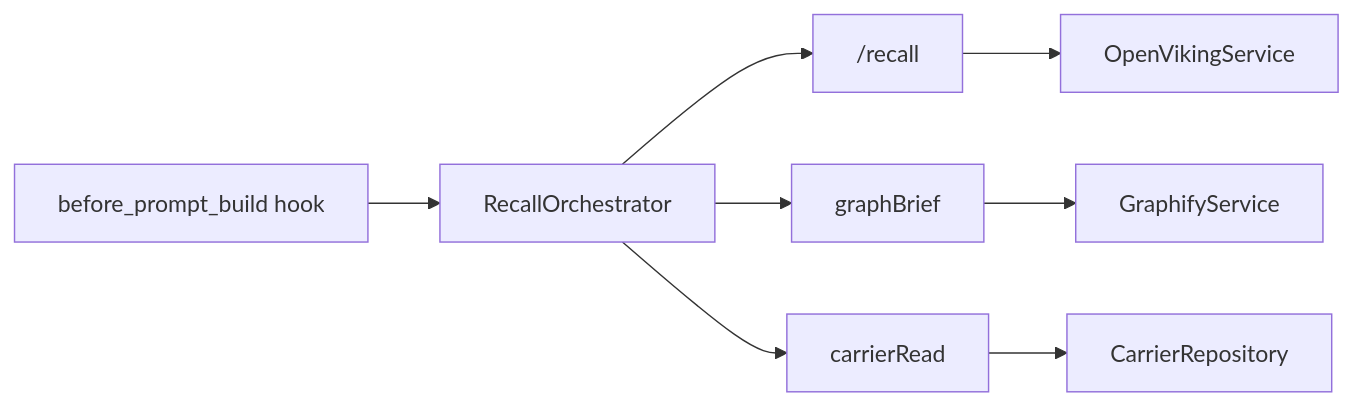
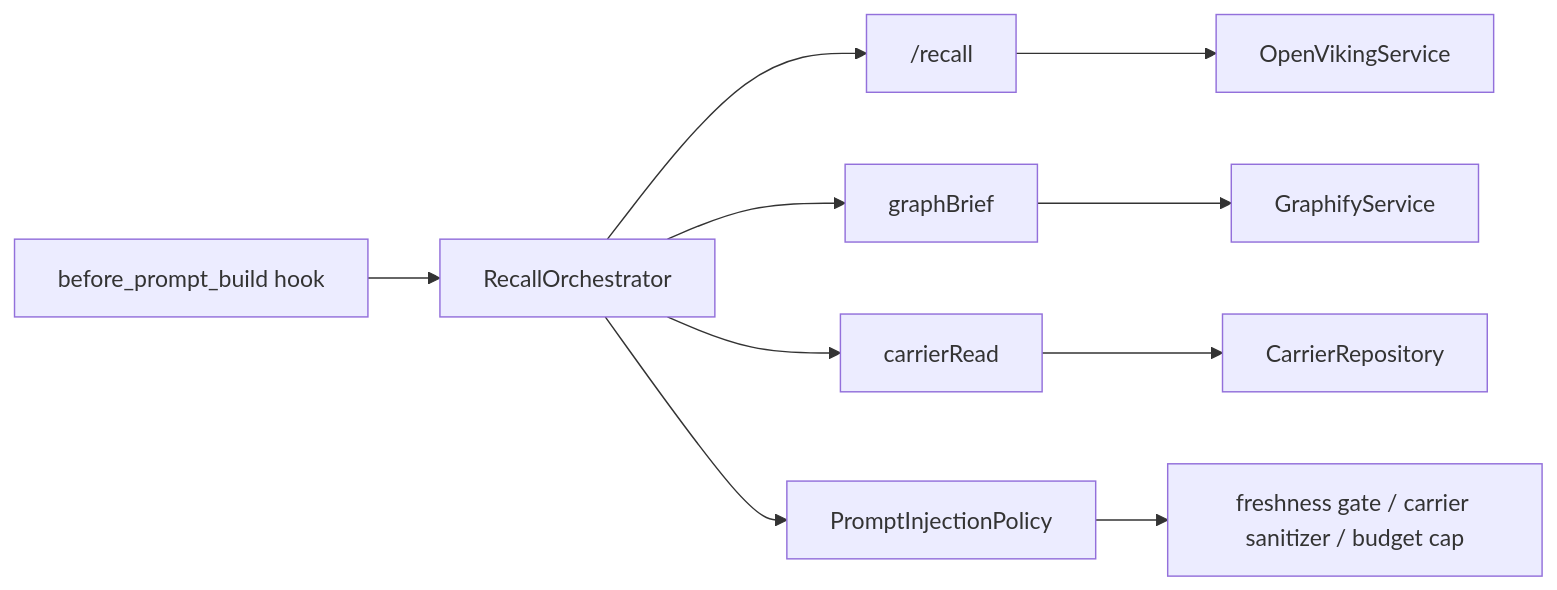
The third of 4 diagrams in docs/v2-self-research-implementation.md (kangkangxmas/openclaw-memory-fabric), drawn with Mermaid before and after one commit. The commit also changed other lines of this file and 13 other files, not shown here.

````diff
--- a/docs/v2-self-research-implementation.md
+++ b/docs/v2-self-research-implementation.md
@@ -34,10 +34,12 @@
 ```mermaid
 flowchart LR
   A["before_prompt_build hook"] --> B["RecallOrchestrator"]
   B --> C["/recall"]
   B --> D["graphBrief"]
   B --> E["carrierRead"]
-  C --> F["OpenVikingService"]
-  D --> G["GraphifyService"]
-  E --> H["CarrierRepository"]
+  B --> F["PromptInjectionPolicy"]
+  C --> G["OpenVikingService"]
+  D --> H["GraphifyService"]
+  E --> I["CarrierRepository"]
+  F --> J["freshness gate / carrier sanitizer / budget cap"]
 ```
````
